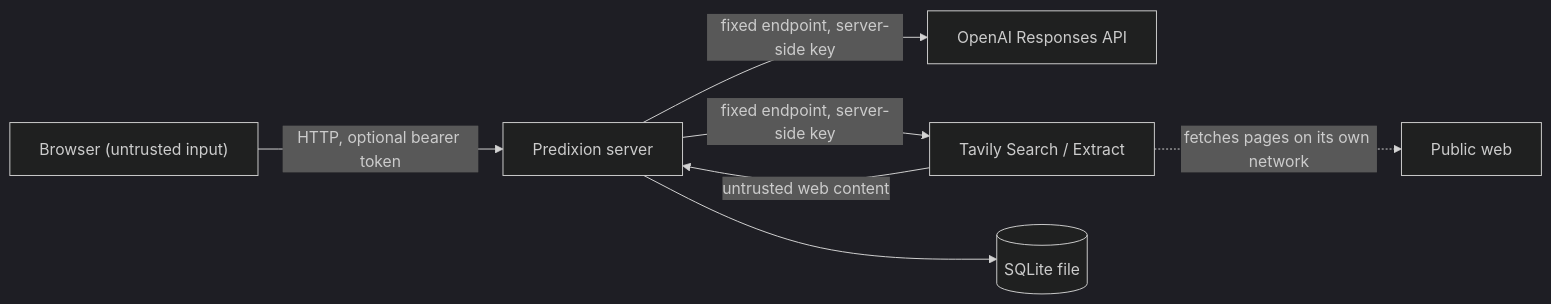
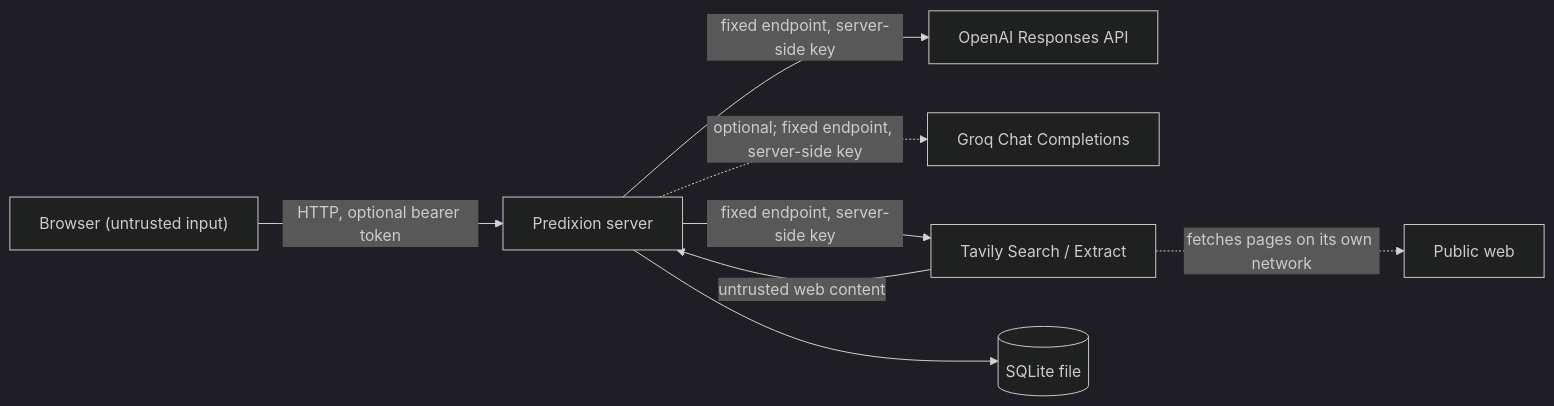
Before and after one commit to Hardik182005/Predixion-AI: the diagram in docs/security.md, drawn with Mermaid (dark theme). The commit also changed other lines of this file and 7 other files, not shown here.

````diff
--- a/docs/security.md
+++ b/docs/security.md
@@ -18,9 +18,10 @@
 ```mermaid
 flowchart LR
     B["Browser (untrusted input)"] -->|"HTTP, optional bearer token"| S["Predixion server"]
     S -->|"fixed endpoint, server-side key"| O["OpenAI Responses API"]
+    S -.->|"optional; fixed endpoint, server-side key"| G["Groq Chat Completions"]
     S -->|"fixed endpoint, server-side key"| T["Tavily Search / Extract"]
     T -->|"untrusted web content"| S
     T -.->|"fetches pages on its own network"| W["Public web"]
     S --> D[("SQLite file")]
 ```
````
